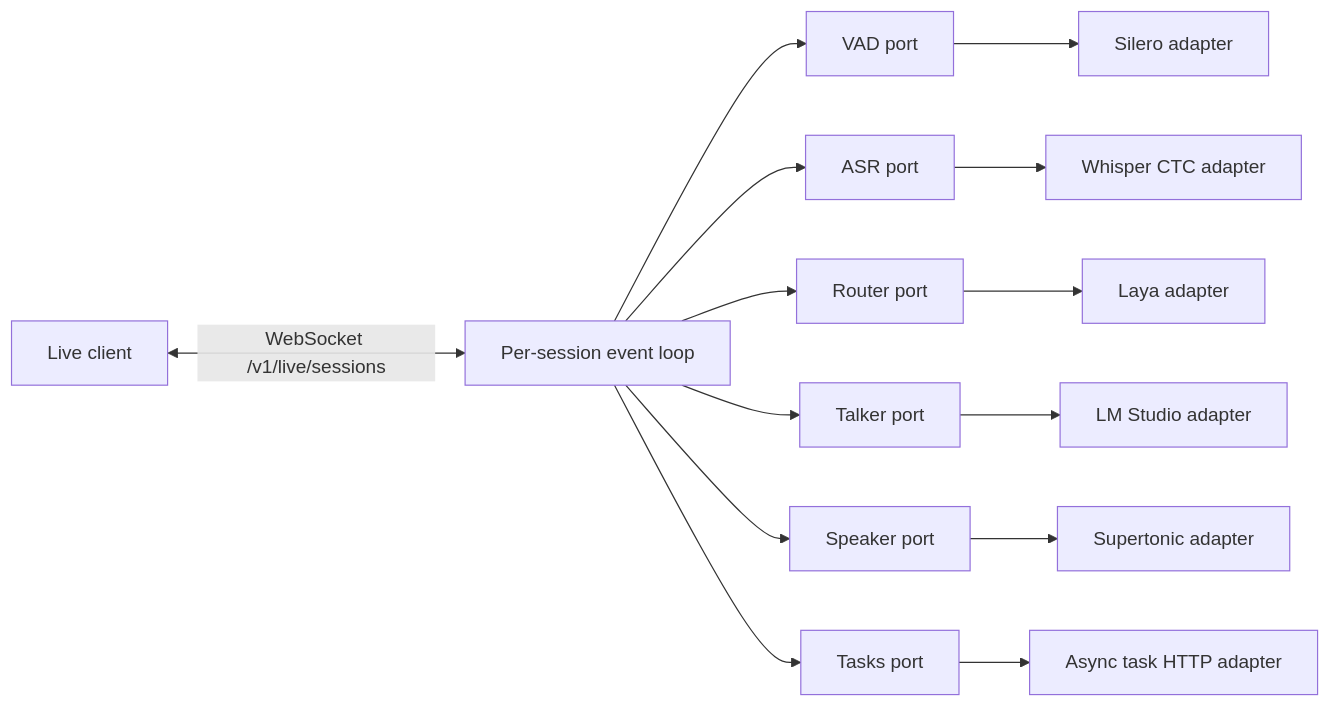
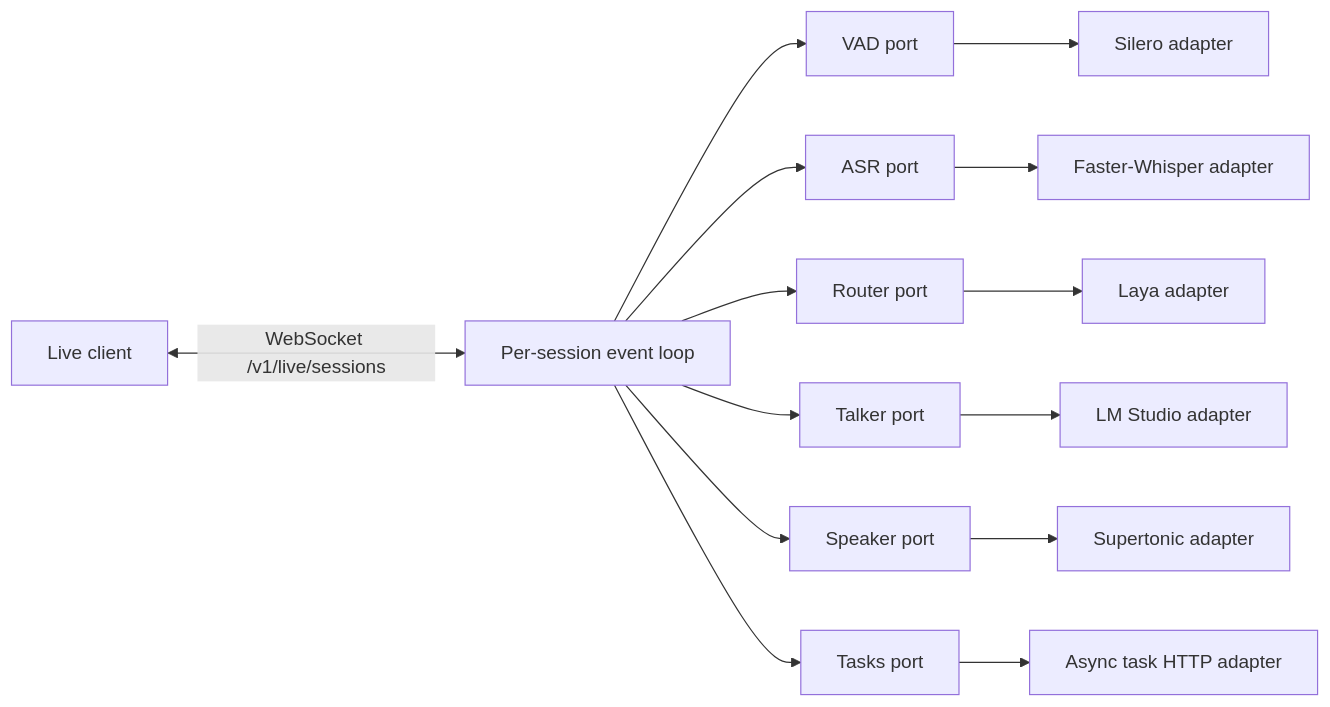
The first of 2 diagrams in README.md (tavallaie/open-gptlive-poc), drawn with Mermaid before and after one commit. The commit also changed other lines of this file and 10 other files, not shown here.

First line of the commit message:
Add local VAD and Faster-Whisper adapters

````diff
--- a/README.md
+++ b/README.md
@@ -11,16 +11,16 @@
 ```mermaid
 flowchart LR
     Client[Live client] <-->|WebSocket /v1/live/sessions| Session[Per-session event loop]
     Session --> VAD[VAD port]
     Session --> ASR[ASR port]
     Session --> Router[Router port]
     Session --> Talker[Talker port]
     Session --> Speaker[Speaker port]
     Session --> Tasks[Tasks port]
     VAD --> Silero[Silero adapter]
-    ASR --> Whisper[Whisper CTC adapter]
+    ASR --> Whisper[Faster-Whisper adapter]
     Router --> Laya[Laya adapter]
     Talker --> LM[LM Studio adapter]
     Speaker --> Supertonic[Supertonic adapter]
     Tasks --> HTTP[Async task HTTP adapter]
 ```
````
